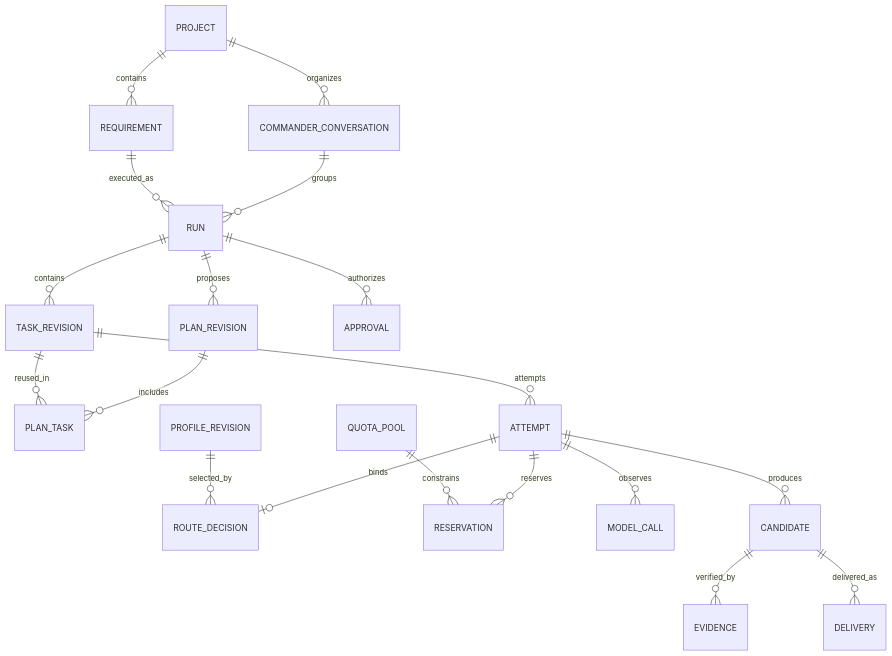
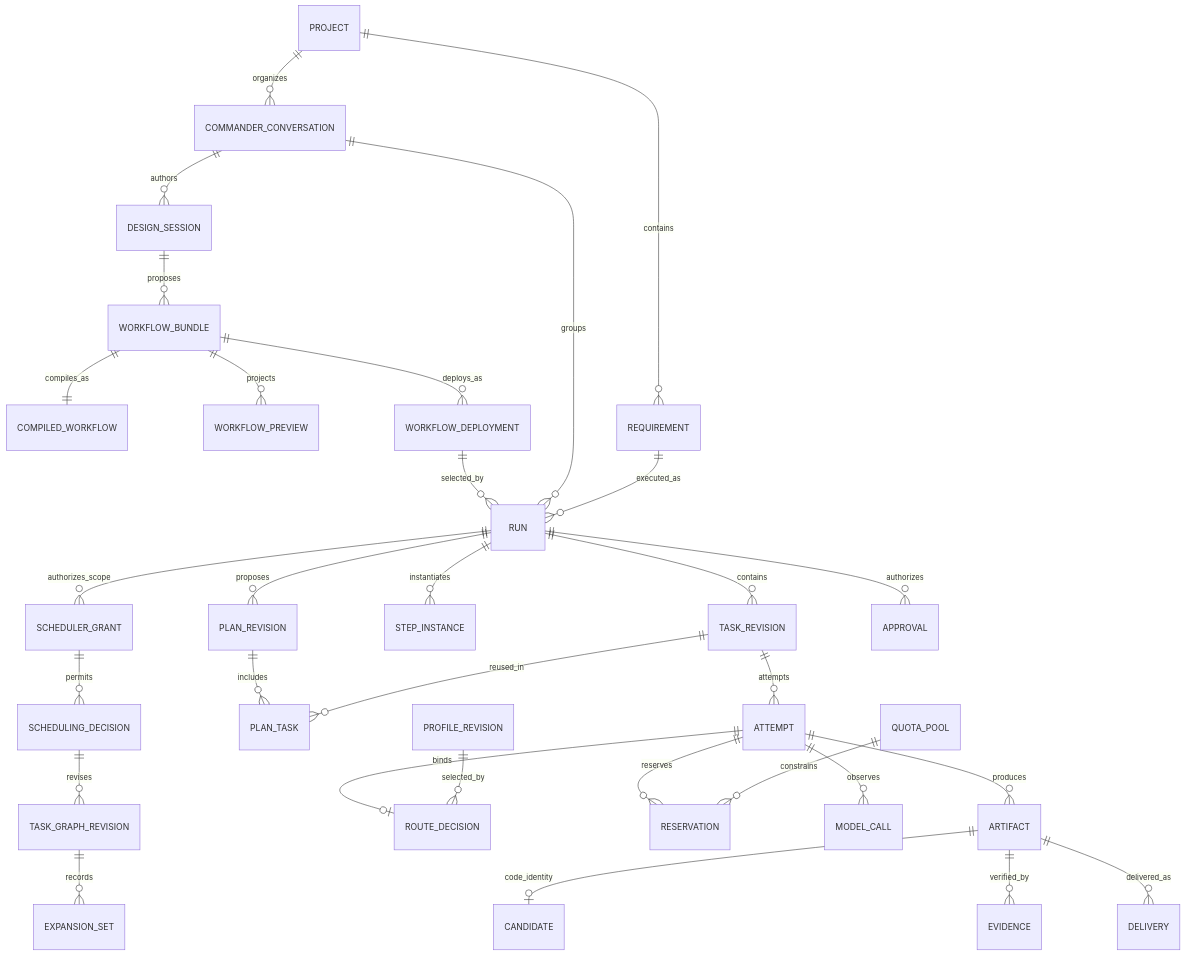
The first of 2 diagrams in docs/architecture/01-control-and-state.md (zhouy1017/Karajan), drawn with Mermaid before and after one commit. The commit also changed other lines of this file and 48 other files, not shown here.

````diff
--- a/docs/architecture/01-control-and-state.md
+++ b/docs/architecture/01-control-and-state.md
@@ -24,21 +30,33 @@
 ```mermaid
 erDiagram
     PROJECT ||--o{ COMMANDER_CONVERSATION : organizes
+    COMMANDER_CONVERSATION ||--o{ DESIGN_SESSION : authors
+    DESIGN_SESSION ||--o{ WORKFLOW_BUNDLE : proposes
+    WORKFLOW_BUNDLE ||--|| COMPILED_WORKFLOW : compiles_as
+    WORKFLOW_BUNDLE ||--o{ WORKFLOW_PREVIEW : projects
+    WORKFLOW_BUNDLE ||--o{ WORKFLOW_DEPLOYMENT : deploys_as
+    WORKFLOW_DEPLOYMENT ||--o{ RUN : selected_by
     COMMANDER_CONVERSATION ||--o{ RUN : groups
     PROJECT ||--o{ REQUIREMENT : contains
     REQUIREMENT ||--o{ RUN : executed_as
     RUN ||--o{ PLAN_REVISION : proposes
+    RUN ||--o{ SCHEDULER_GRANT : authorizes_scope
+    SCHEDULER_GRANT ||--o{ SCHEDULING_DECISION : permits
+    SCHEDULING_DECISION ||--o{ TASK_GRAPH_REVISION : revises
+    TASK_GRAPH_REVISION ||--o{ EXPANSION_SET : records
+    RUN ||--o{ STEP_INSTANCE : instantiates
     RUN ||--o{ TASK_REVISION : contains
     PLAN_REVISION ||--o{ PLAN_TASK : includes
     TASK_REVISION ||--o{ PLAN_TASK : reused_in
     RUN ||--o{ APPROVAL : authorizes
     TASK_REVISION ||--o{ ATTEMPT : attempts
     ATTEMPT ||--o| ROUTE_DECISION : binds
     ATTEMPT ||--o{ RESERVATION : reserves
     ATTEMPT ||--o{ MODEL_CALL : observes
-    ATTEMPT ||--o{ CANDIDATE : produces
-    CANDIDATE ||--o{ EVIDENCE : verified_by
-    CANDIDATE ||--o{ DELIVERY : delivered_as
+    ATTEMPT ||--o{ ARTIFACT : produces
+    ARTIFACT ||--o| CANDIDATE : code_identity
+    ARTIFACT ||--o{ EVIDENCE : verified_by
+    ARTIFACT ||--o{ DELIVERY : delivered_as
     PROFILE_REVISION ||--o{ ROUTE_DECISION : selected_by
     QUOTA_POOL ||--o{ RESERVATION : constrains
 ```
````
